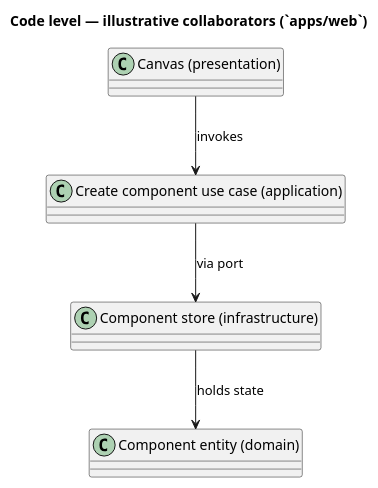
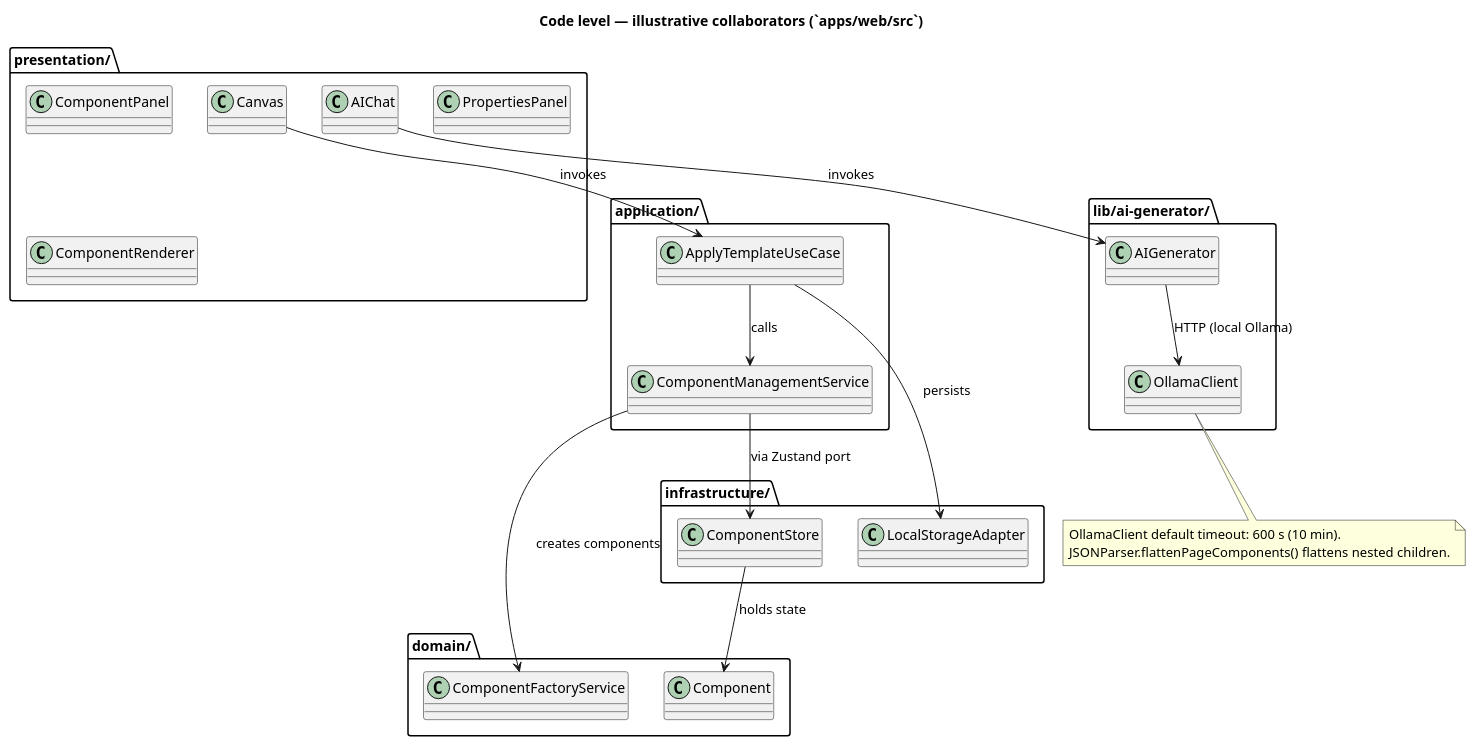
The diagram in docs/en/architecture/c4/c4-code.puml (felixzhu97/low-code-platform), drawn with PlantUML before and after one commit. The commit also changed 41 other files, not shown here.

```diff
--- a/docs/en/architecture/c4/c4-code.puml
+++ b/docs/en/architecture/c4/c4-code.puml
@@ -1,14 +1,47 @@
 @startuml c4-code-felix-low-code
 skinparam classAttributeIconSize 0
-title Code level — illustrative collaborators (`apps/web`)
+title Code level — illustrative collaborators (`apps/web/src`)
 
-class "Canvas (presentation)" as Canvas
-class "Create component use case (application)" as UC
-class "Component store (infrastructure)" as Store
-class "Component entity (domain)" as Comp
+package "presentation/" {
+  class Canvas
+  class ComponentPanel
+  class PropertiesPanel
+  class ComponentRenderer
+  class AIChat
+}
 
-Canvas --> UC : invokes
-UC --> Store : via port
+package "application/" {
+  class "ApplyTemplateUseCase" as UC1
+  class "ComponentManagementService" as CMS
+}
+
+package "infrastructure/" {
+  class "ComponentStore" as Store
+  class "LocalStorageAdapter" as Repo
+}
+
+package "domain/" {
+  class "Component" as Comp
+  class "ComponentFactoryService" as Factory
+}
+
+package "lib/ai-generator/" {
+  class AIGenerator
+  class OllamaClient
+}
+
+Canvas --> UC1 : invokes
+UC1 --> CMS : calls
+CMS --> Store : via Zustand port
 Store --> Comp : holds state
+UC1 --> Repo : persists
+CMS --> Factory : creates components
+AIChat --> AIGenerator : invokes
+AIGenerator --> OllamaClient : HTTP (local Ollama)
+
+note bottom of OllamaClient
+  OllamaClient default timeout: 600 s (10 min).
+  JSONParser.flattenPageComponents() flattens nested children.
+end note
 
 @enduml
```
